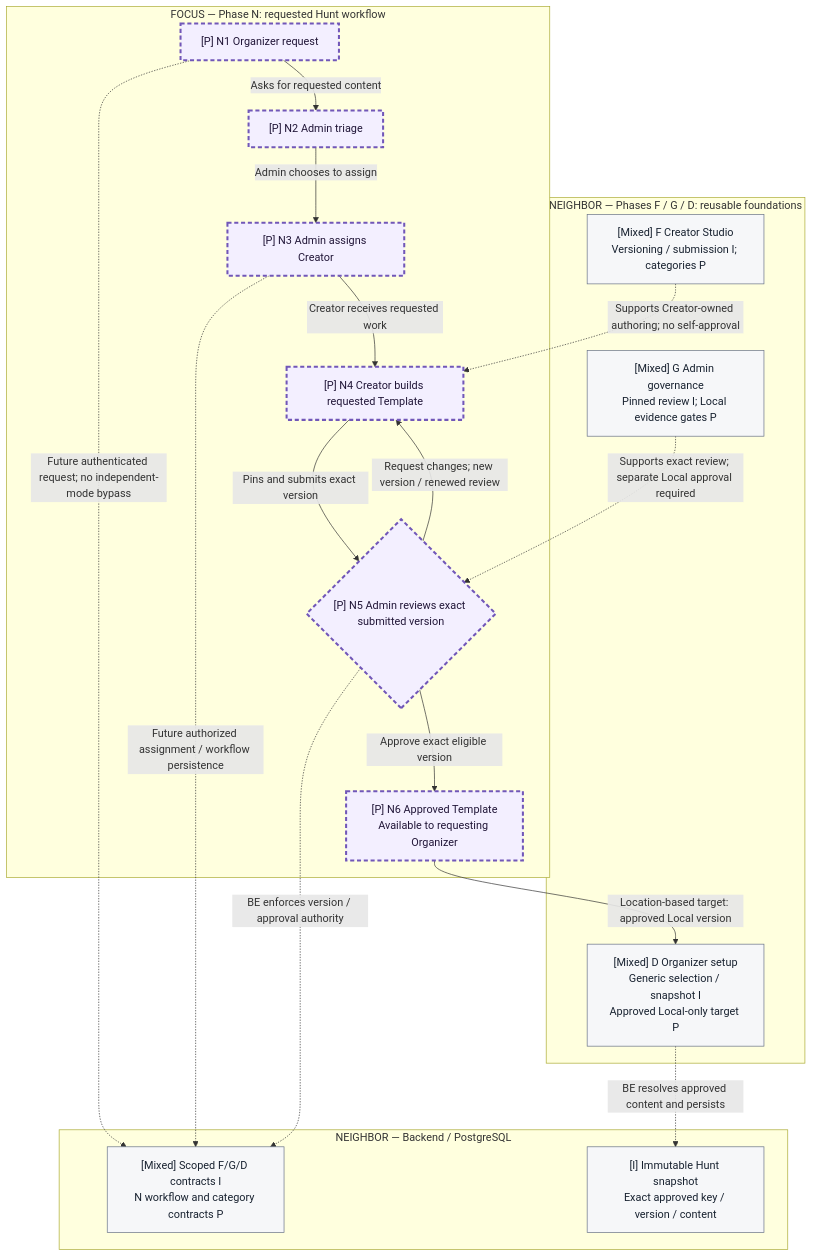
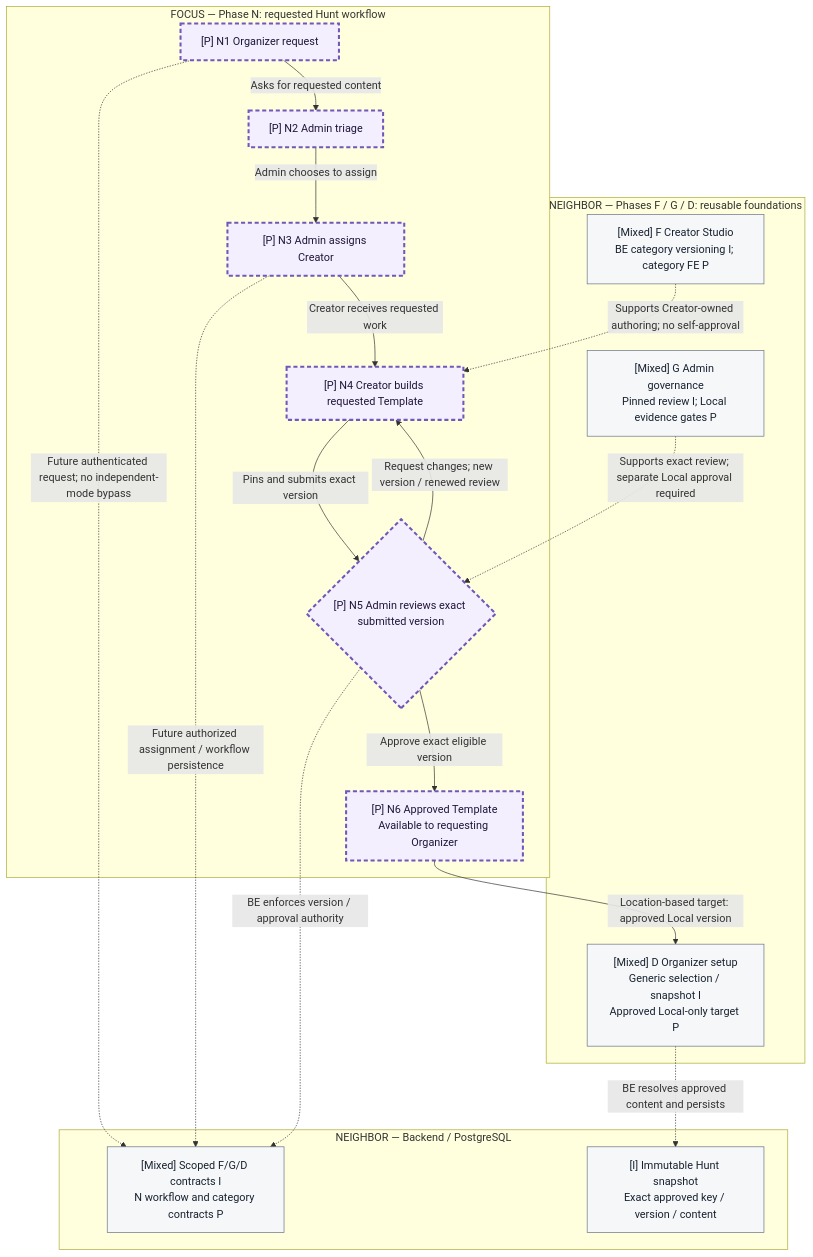
Before and after one commit to tedixdev-arch/Tedix_Hunt_FE: diagram 19 of 19 in docs/TedixHunt_Prototype_Architecture_Implementation_Plan.md, drawn with Mermaid. The commit also changed other lines of this file, not shown here.

Commit message:
docs: reconcile architecture v3.6 with backend foundations through #88

````diff
--- a/docs/TedixHunt_Prototype_Architecture_Implementation_Plan.md
+++ b/docs/TedixHunt_Prototype_Architecture_Implementation_Plan.md
@@ -2739,39 +2743,39 @@
 ```mermaid
 flowchart TB
   subgraph request["FOCUS — Phase N: requested Hunt workflow"]
     organizer["[P] N1 Organizer request"]
     triage["[P] N2 Admin triage"]
     assign["[P] N3 Admin assigns Creator"]
     build["[P] N4 Creator builds requested Template"]
     review{"[P] N5 Admin reviews exact submitted version"}
     available["[P] N6 Approved Template<br/>Available to requesting Organizer"]
     organizer -->|"Asks for requested content"| triage
     triage -->|"Admin chooses to assign"| assign
     assign -->|"Creator receives requested work"| build
     build -->|"Pins and submits exact version"| review
     review -->|"Approve exact eligible version"| available
     review -->|"Request changes; new version / renewed review"| build
   end
   subgraph supply["NEIGHBOR — Phases F / G / D: reusable foundations"]
-    studio["[Mixed] F Creator Studio<br/>Versioning / submission I; categories P"]
+    studio["[Mixed] F Creator Studio<br/>BE category versioning I; category FE P"]
     governance["[Mixed] G Admin governance<br/>Pinned review I; Local evidence gates P"]
     setup["[Mixed] D Organizer setup<br/>Generic selection / snapshot I<br/>Approved Local-only target P"]
     studio -.->|"Supports Creator-owned authoring; no self-approval"| build
     governance -.->|"Supports exact review; separate Local approval required"| review
     available -->|"Location-based target: approved Local version"| setup
   end
   subgraph authority["NEIGHBOR — Backend / PostgreSQL"]
     be["[Mixed] Scoped F/G/D contracts I<br/>N workflow and category contracts P"]
     snapshot["[I] Immutable Hunt snapshot<br/>Exact approved key / version / content"]
     organizer -.->|"Future authenticated request; no independent-mode bypass"| be
     assign -.->|"Future authorized assignment / workflow persistence"| be
     review -.->|"BE enforces version / approval authority"| be
     setup -.->|"BE resolves approved content and persists"| snapshot
   end
   classDef focus fill:#F3EFFF,stroke:#7157B8,stroke-width:3px,color:#211638;
   classDef neighbor fill:#F6F7F9,stroke:#667085,stroke-width:1px,color:#182230;
   classDef planned stroke-dasharray:6 4;
   class organizer,triage,assign,build,review,available focus;
   class studio,governance,setup,be,snapshot neighbor;
   class organizer,triage,assign,build,review,available planned;
 ```
````
